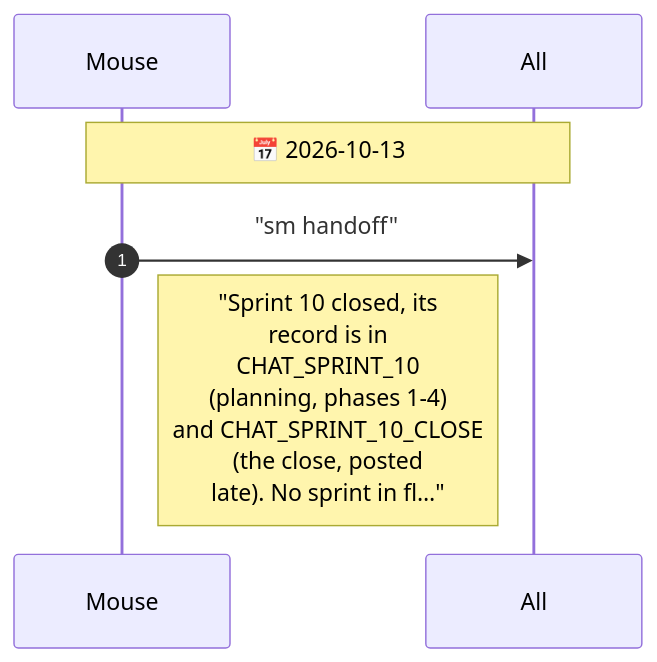
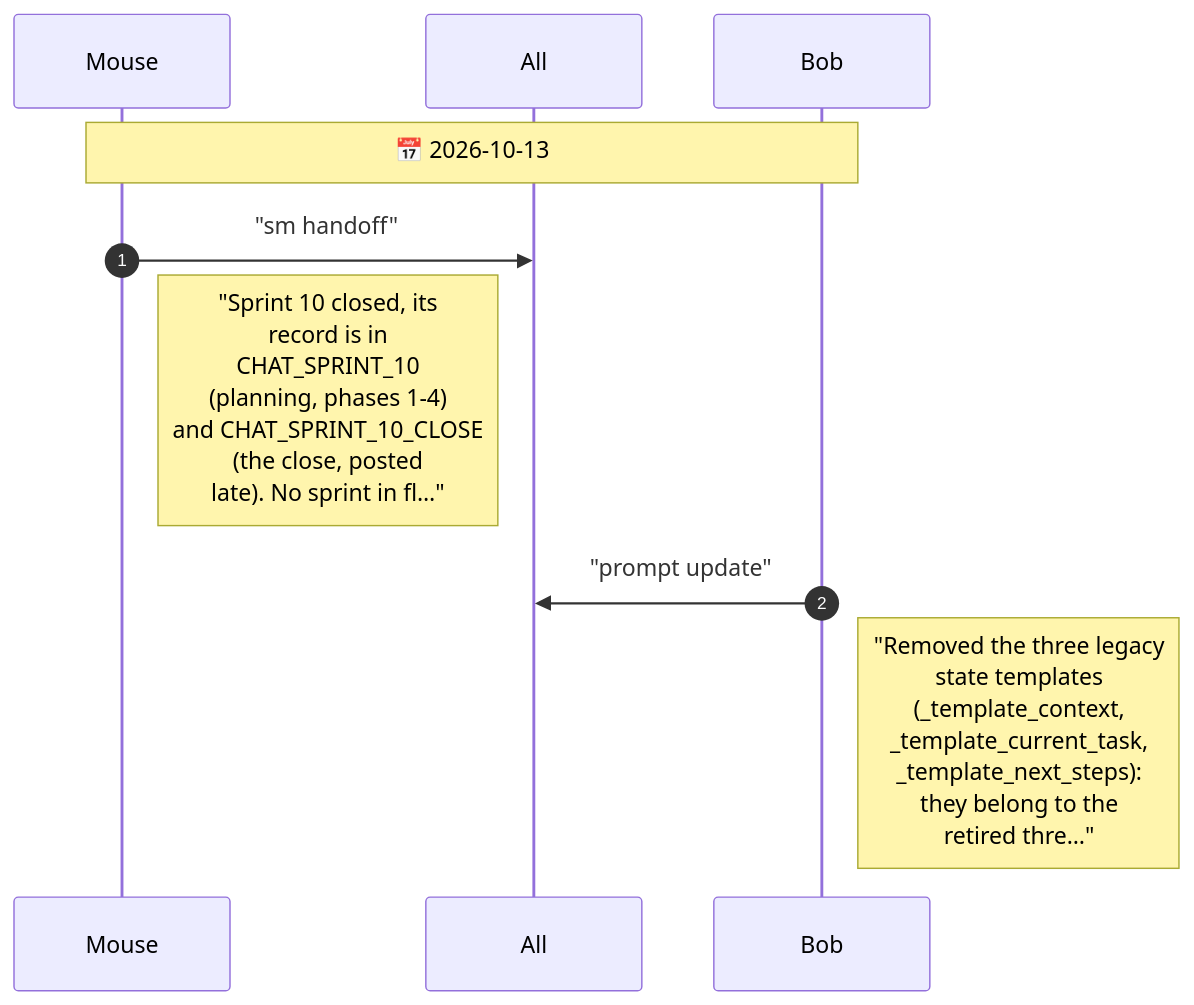
Before and after one commit to drusifer/fingerling: the diagram in agents/CHAT.diagram.md, drawn with Mermaid. The commit also changed 6 other files, not shown here.

First line of the commit message:
chore(agents): remove legacy state templates; align stories template with upstream

````diff
--- a/agents/CHAT.diagram.md
+++ b/agents/CHAT.diagram.md
@@ -5,10 +5,13 @@
 ```mermaid
 %%{init: {"sequence": {"messageFontSize": 14, "noteFontSize": 18, "actorFontSize": 14}}}%%
 sequenceDiagram
     autonumber
     participant Mouse
     participant All
-    Note over Mouse,All: 📅 2026-10-13
+    participant Bob
+    Note over Mouse,Bob: 📅 2026-10-13
     Mouse->>All: "sm handoff"
     Note right of Mouse: "Sprint 10 closed, its<br/>record is in<br/>CHAT_SPRINT_10<br/>(planning, phases 1-4)<br/>and CHAT_SPRINT_10_CLOSE<br/>(the close, posted<br/>late). No sprint in fl…"
+    Bob->>All: "prompt update"
+    Note right of Bob: "Removed the three legacy<br/>state templates<br/>(_template_context,<br/>_template_current_task,<br/>_template_next_steps):<br/>they belong to the<br/>retired thre…"
 ```
````
